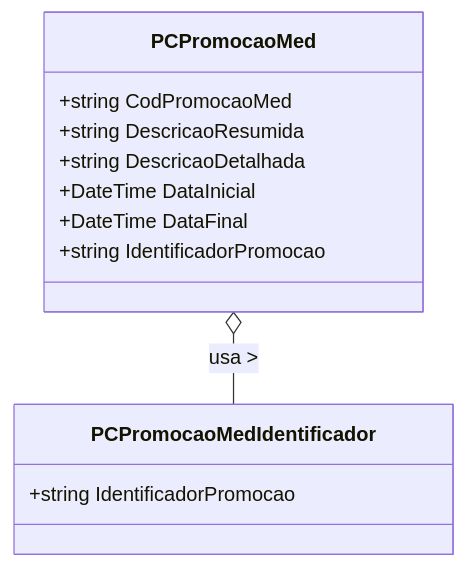
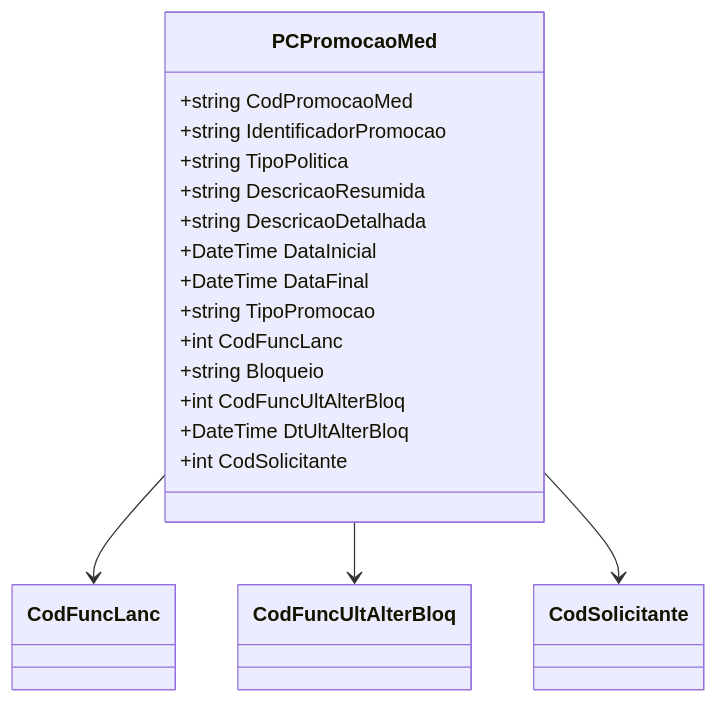
One commit to IsthmusSistemas/documentacao-tecnica changed the diagram in docs/b2b-dominio/IsthmusWinthor.Nucleo/IsthmusWinthor.Dominio/Model/CampanhasWinthor/PCPromocaoMed.md. Above: the diagram before and after it, drawn with Mermaid. The commit also changed other lines of this file and 882 other files, not shown here.

````diff
--- a/docs/b2b-dominio/IsthmusWinthor.Nucleo/IsthmusWinthor.Dominio/Model/CampanhasWinthor/PCPromocaoMed.md
+++ b/docs/b2b-dominio/IsthmusWinthor.Nucleo/IsthmusWinthor.Dominio/Model/CampanhasWinthor/PCPromocaoMed.md
@@ -33,17 +34,21 @@
 ```mermaid
 classDiagram
     class PCPromocaoMed {
         +string CodPromocaoMed
+        +string IdentificadorPromocao
+        +string TipoPolitica
         +string DescricaoResumida
         +string DescricaoDetalhada
         +DateTime DataInicial
         +DateTime DataFinal
-        +string IdentificadorPromocao
+        +string TipoPromocao
+        +int CodFuncLanc
+        +string Bloqueio
+        +int CodFuncUltAlterBloq
+        +DateTime DtUltAlterBloq
+        +int CodSolicitante
     }
-    
-    class PCPromocaoMedIdentificador {
-        +string IdentificadorPromocao
-    }
-    
-    PCPromocaoMed o-- PCPromocaoMedIdentificador : usa >
+    PCPromocaoMed --> CodFuncLanc
+    PCPromocaoMed --> CodFuncUltAlterBloq
+    PCPromocaoMed --> CodSolicitante
 ```
````
